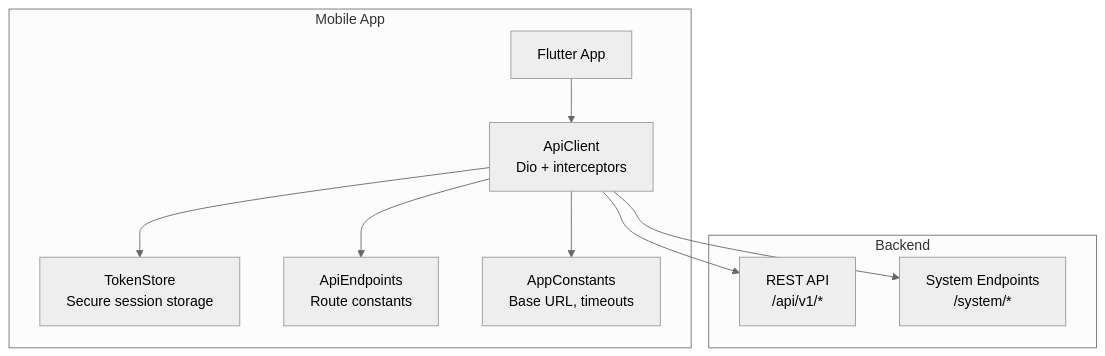
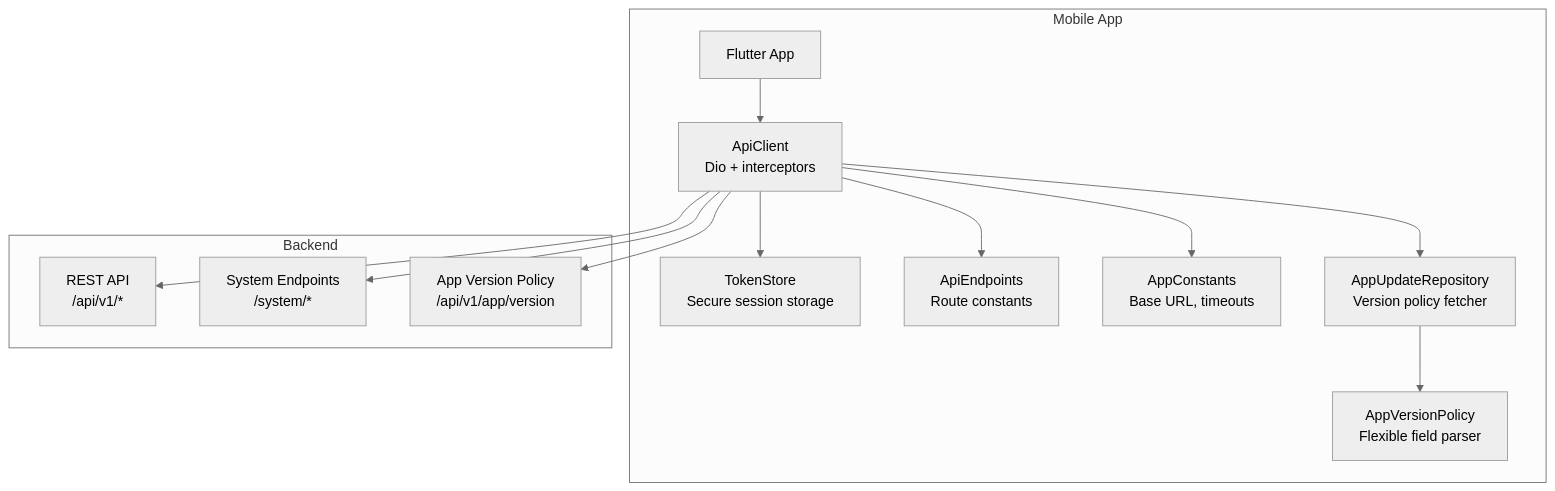
Before and after one commit to Advanstech/Lidapay-shop: the first of 11 diagrams in .qoder/repowiki/en/content/API Documentation/API Documentation.md, drawn with Mermaid (neutral theme). The commit also changed other lines of this file and 174 other files, not shown here.

First line of the commit message:
docs: update app version policy and Android build guidance

````diff
--- a/.qoder/repowiki/en/content/API Documentation/API Documentation.md
+++ b/.qoder/repowiki/en/content/API Documentation/API Documentation.md
@@ -36,20 +49,26 @@
 ```mermaid
 graph TB
 subgraph "Mobile App"
 A["Flutter App"]
 B["ApiClient<br/>Dio + interceptors"]
 C["TokenStore<br/>Secure session storage"]
 D["ApiEndpoints<br/>Route constants"]
 E["AppConstants<br/>Base URL, timeouts"]
+F["AppUpdateRepository<br/>Version policy fetcher"]
+G["AppVersionPolicy<br/>Flexible field parser"]
 end
 subgraph "Backend"
-F["REST API<br/>/api/v1/*"]
-G["System Endpoints<br/>/system/*"]
+H["REST API<br/>/api/v1/*"]
+I["System Endpoints<br/>/system/*"]
+J["App Version Policy<br/>/api/v1/app/version"]
 end
 A --> B
 B --> C
 B --> D
 B --> E
 B --> F
-B --> G
+F --> G
+B --> H
+B --> I
+B --> J
 ```
````
